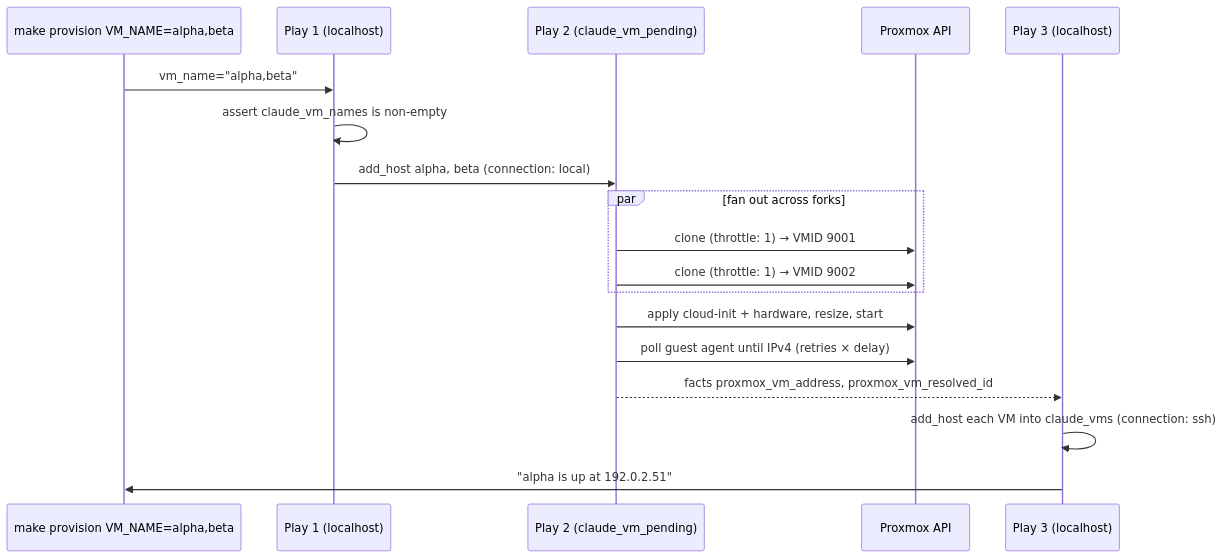
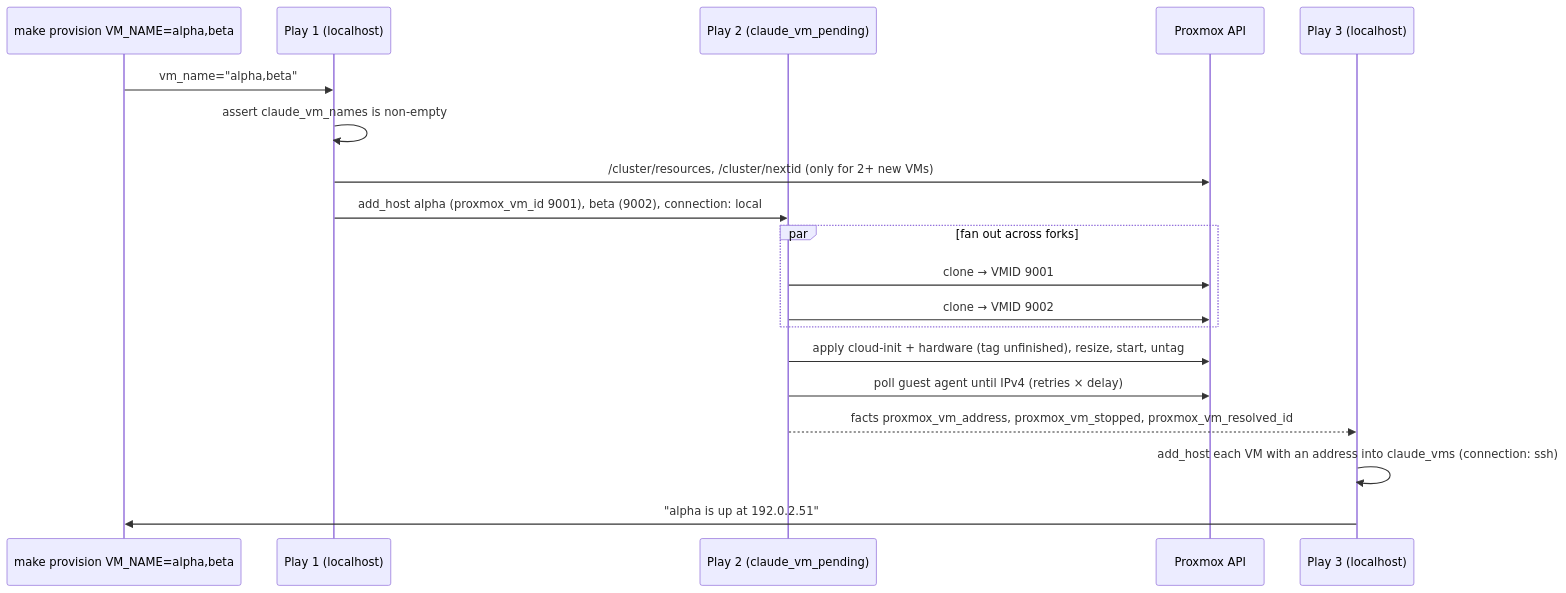
One commit to kawadeomkar/claude-on-proxmox changed the third of 3 diagrams in ARCHITECTURE.md. Above: the diagram before and after it, drawn with Mermaid. The commit also changed other lines of this file and 4 other files, not shown here.

First line of the commit message:
docs: the manual, the architecture, the agent rules and the conventions

````diff
--- a/ARCHITECTURE.md
+++ b/ARCHITECTURE.md
@@ -156,21 +162,22 @@
 ```mermaid
 sequenceDiagram
     participant U as make provision VM_NAME=alpha,beta
     participant P1 as Play 1 (localhost)
     participant P2 as Play 2 (claude_vm_pending)
     participant PX as Proxmox API
     participant P3 as Play 3 (localhost)
 
     U->>P1: vm_name="alpha,beta"
     P1->>P1: assert claude_vm_names is non-empty
-    P1->>P2: add_host alpha, beta (connection: local)
+    P1->>PX: /cluster/resources, /cluster/nextid (only for 2+ new VMs)
+    P1->>P2: add_host alpha (proxmox_vm_id 9001), beta (9002), connection: local
     par fan out across forks
-        P2->>PX: clone (throttle: 1) → VMID 9001
-        P2->>PX: clone (throttle: 1) → VMID 9002
+        P2->>PX: clone → VMID 9001
+        P2->>PX: clone → VMID 9002
     end
-    P2->>PX: apply cloud-init + hardware, resize, start
+    P2->>PX: apply cloud-init + hardware (tag unfinished), resize, start, untag
     P2->>PX: poll guest agent until IPv4 (retries × delay)
-    P2-->>P3: facts proxmox_vm_address, proxmox_vm_resolved_id
-    P3->>P3: add_host each VM into claude_vms (connection: ssh)
+    P2-->>P3: facts proxmox_vm_address, proxmox_vm_stopped, proxmox_vm_resolved_id
+    P3->>P3: add_host each VM with an address into claude_vms (connection: ssh)
     P3->>U: "alpha is up at 192.0.2.51"
 ```
````
